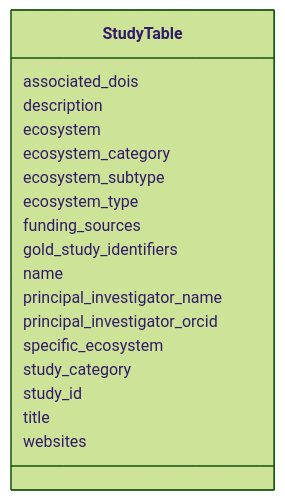
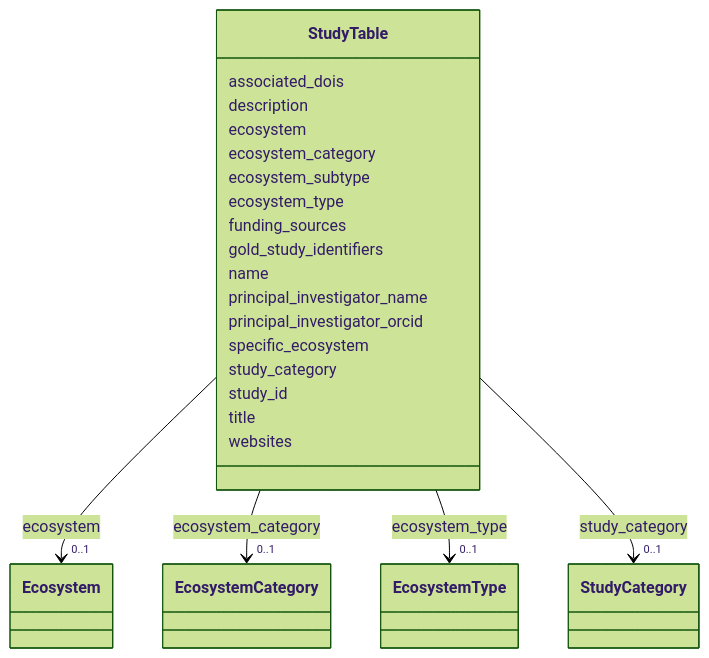
The diagram in docs/kbase/nmdc_core/StudyTable.md (cmungall/bridge-schemas), drawn with Mermaid (forest theme) before and after one commit. The commit also changed other lines of this file and 1727 other files, not shown here.

````diff
--- a/docs/kbase/nmdc_core/StudyTable.md
+++ b/docs/kbase/nmdc_core/StudyTable.md
@@ -18,38 +26,74 @@
 ```mermaid
  classDiagram
     class StudyTable
     click StudyTable href "../StudyTable/"
       StudyTable : associated_dois
         
       StudyTable : description
         
       StudyTable : ecosystem
         
+          
+    
+        
+        
+        StudyTable --> "0..1" Ecosystem : ecosystem
+        click Ecosystem href "../Ecosystem/"
+    
+
+        
       StudyTable : ecosystem_category
+        
+          
+    
+        
+        
+        StudyTable --> "0..1" EcosystemCategory : ecosystem_category
+        click EcosystemCategory href "../EcosystemCategory/"
+    
+
         
       StudyTable : ecosystem_subtype
         
       StudyTable : ecosystem_type
+        
+          
+    
+        
+        
+        StudyTable --> "0..1" EcosystemType : ecosystem_type
+        click EcosystemType href "../EcosystemType/"
+    
+
         
       StudyTable : funding_sources
         
       StudyTable : gold_study_identifiers
         
       StudyTable : name
         
       StudyTable : principal_investigator_name
         
       StudyTable : principal_investigator_orcid
         
       StudyTable : specific_ecosystem
         
       StudyTable : study_category
         
+          
+    
+        
+        
+        StudyTable --> "0..1" StudyCategory : study_category
+        click StudyCategory href "../StudyCategory/"
+    
+
+        
       StudyTable : study_id
         
       StudyTable : title
         
       StudyTable : websites
         
       
 ```
````
